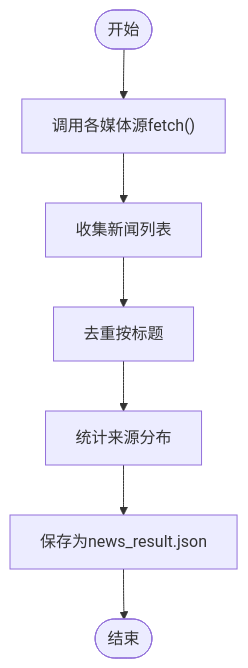
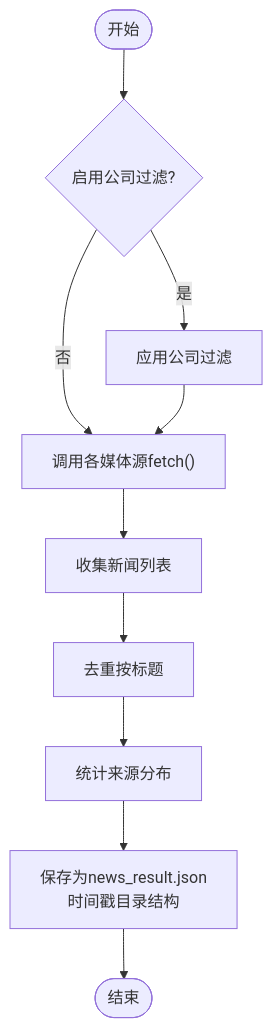
One commit to jy2360136/redbook changed the fourth of 5 diagrams in .qoder/repowiki/zh/content/核心模块/金融新闻自动化工作流/金融新闻自动化工作流.md. Above: the diagram before and after it, drawn with Mermaid. The commit also changed other lines of this file and 33 other files, not shown here.

````diff
--- a/.qoder/repowiki/zh/content/核心模块/金融新闻自动化工作流/金融新闻自动化工作流.md
+++ b/.qoder/repowiki/zh/content/核心模块/金融新闻自动化工作流/金融新闻自动化工作流.md
@@ -185,9 +329,12 @@
 ```mermaid
 flowchart TD
-Start(["开始"]) --> Fetch["调用各媒体源fetch()"]
+Start(["开始"]) --> FilterCheck{"启用公司过滤?"}
+FilterCheck --> |是| FilterCompanies["应用公司过滤"]
+FilterCheck --> |否| Fetch["调用各媒体源fetch()"]
+FilterCompanies --> Fetch
 Fetch --> Collect["收集新闻列表"]
 Collect --> Dedup["去重按标题"]
 Dedup --> Stats["统计来源分布"]
-Stats --> Save["保存为news_result.json"]
+Stats --> Save["保存为news_result.json<br/>时间戳目录结构"]
 Save --> End(["结束"])
 ```
````
